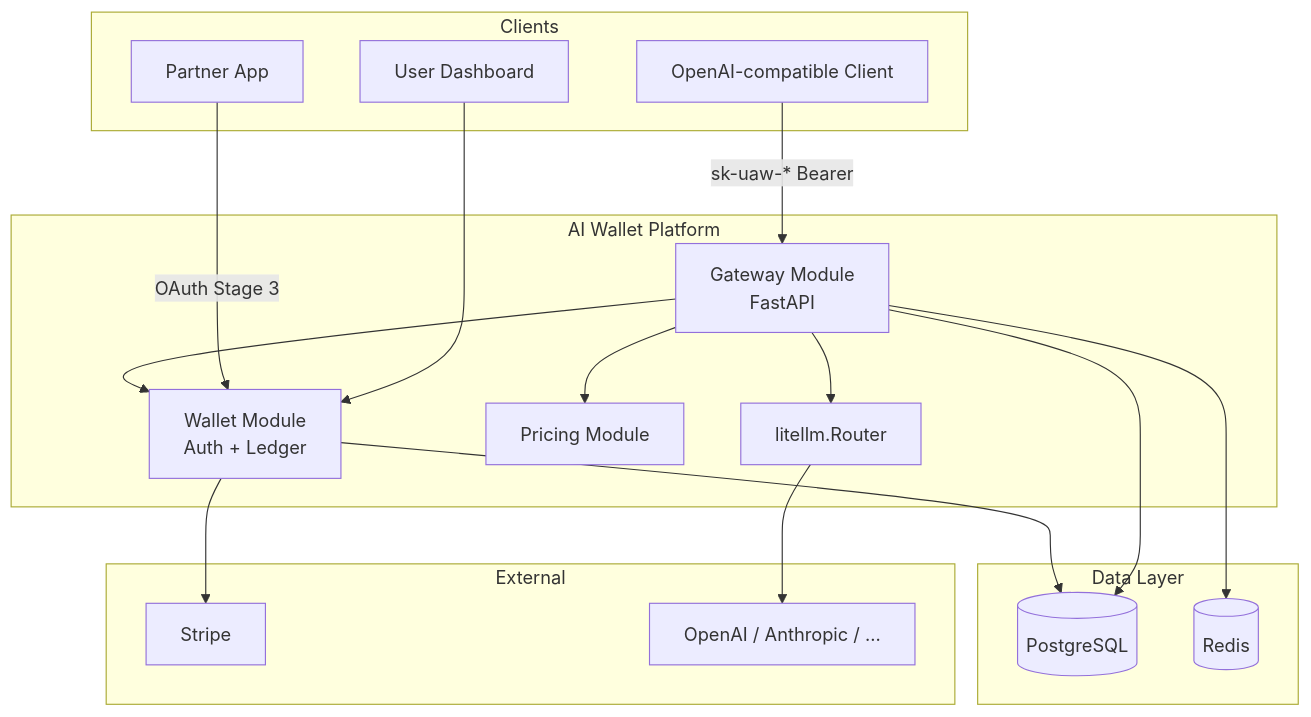
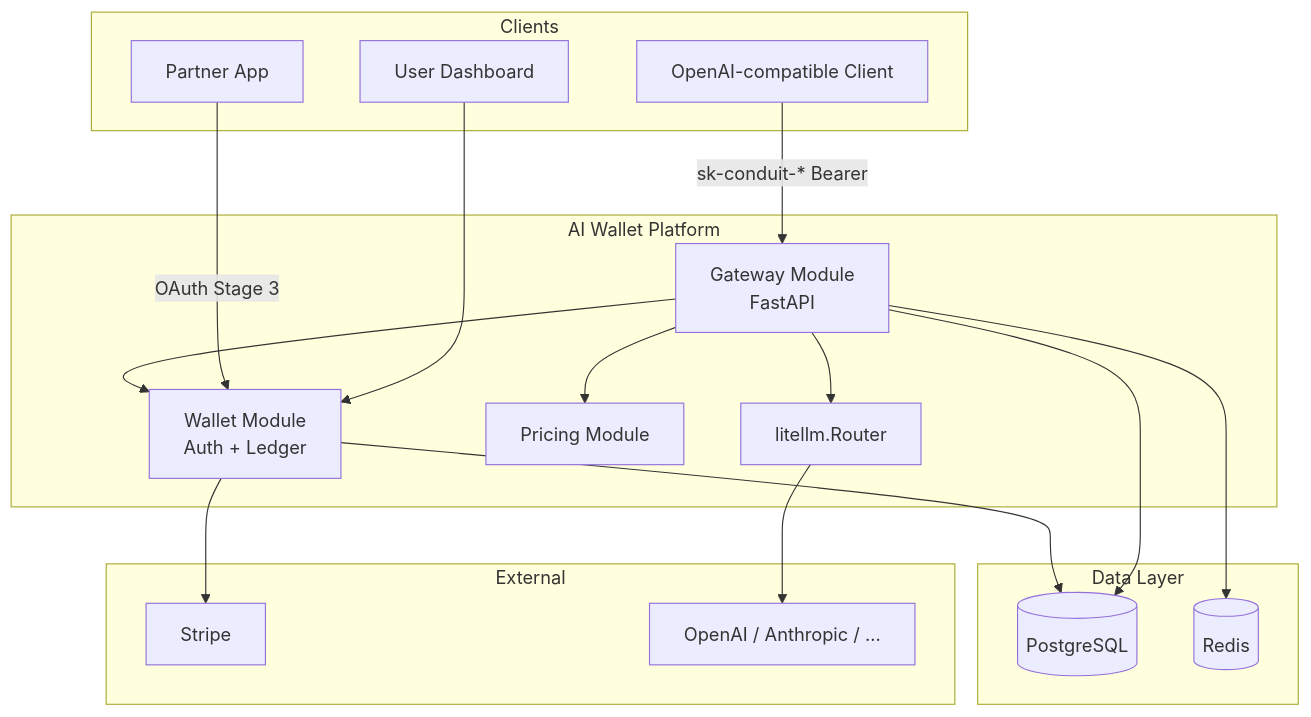
The first of 3 diagrams in docs/02-architecture.md (nikolaivintenJohansen/Conduit), drawn with Mermaid before and after one commit. The commit also changed other lines of this file and 77 other files, not shown here.

````diff
--- a/docs/02-architecture.md
+++ b/docs/02-architecture.md
@@ -50,36 +50,36 @@
 ```mermaid
 flowchart TB
     subgraph clients [Clients]
         App[Partner App]
         CLI[OpenAI-compatible Client]
         Dash[User Dashboard]
     end
 
     subgraph platform [AI Wallet Platform]
         GW[Gateway Module<br/>FastAPI]
         WAL[Wallet Module<br/>Auth + Ledger]
         PR[Pricing Module]
         GW --> WAL
         GW --> PR
         GW --> LIT[litellm.Router]
     end
 
     subgraph data [Data Layer]
         PG[(PostgreSQL)]
         RD[(Redis)]
     end
 
     subgraph external [External]
         ST[Stripe]
         OAI[OpenAI / Anthropic / ...]
     end
 
-    CLI -->|sk-uaw-* Bearer| GW
+    CLI -->|sk-conduit-* Bearer| GW
     App -->|OAuth Stage 3| WAL
     Dash --> WAL
     WAL --> PG
     GW --> RD
     GW --> PG
     LIT --> OAI
     WAL --> ST
 ```
````
